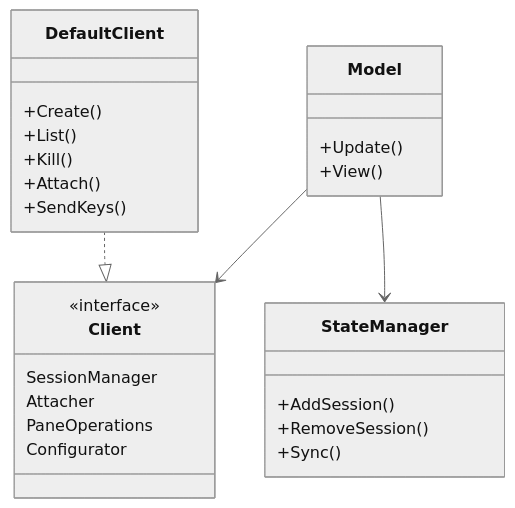
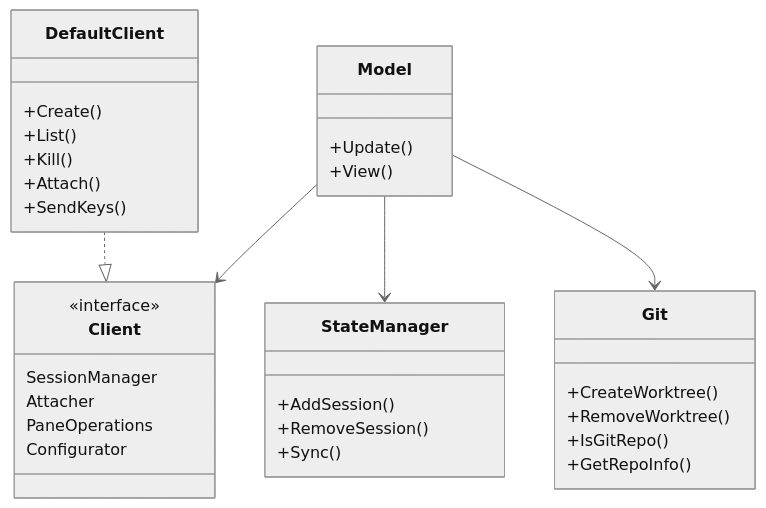
One commit to renato0307/rocha changed the second of 4 diagrams in ARCHITECTURE.md. Above: the diagram before and after it, drawn with Mermaid (neutral theme). The commit also changed other lines of this file and 6 other files, not shown here.

````diff
--- a/ARCHITECTURE.md
+++ b/ARCHITECTURE.md
@@ -42,33 +74,41 @@
 ```mermaid
 classDiagram
     class Client {
         <<interface>>
         SessionManager
         Attacher
         PaneOperations
         Configurator
     }
 
     class DefaultClient {
         +Create()
         +List()
         +Kill()
         +Attach()
         +SendKeys()
     }
 
     class StateManager {
         +AddSession()
         +RemoveSession()
         +Sync()
     }
 
+    class Git {
+        +CreateWorktree()
+        +RemoveWorktree()
+        +IsGitRepo()
+        +GetRepoInfo()
+    }
+
     class Model {
         +Update()
         +View()
     }
 
     DefaultClient ..|> Client
     Model --> Client
     Model --> StateManager
+    Model --> Git
 ```
````
